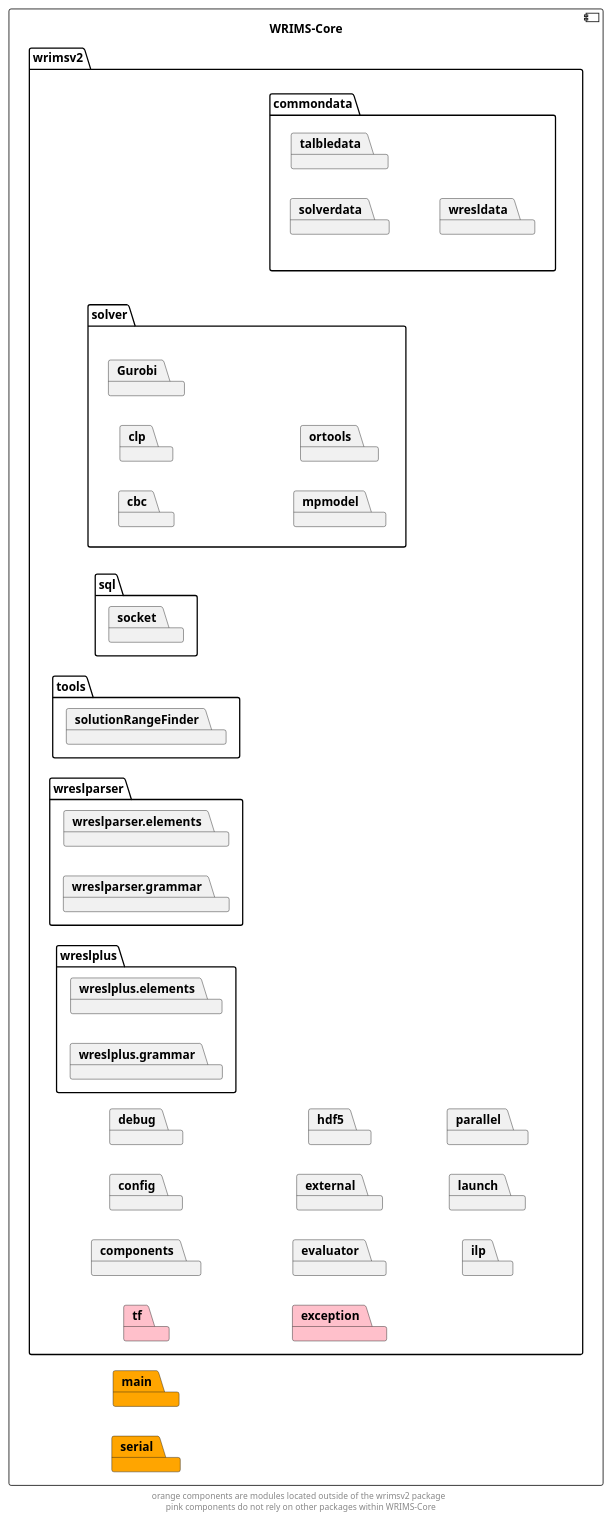
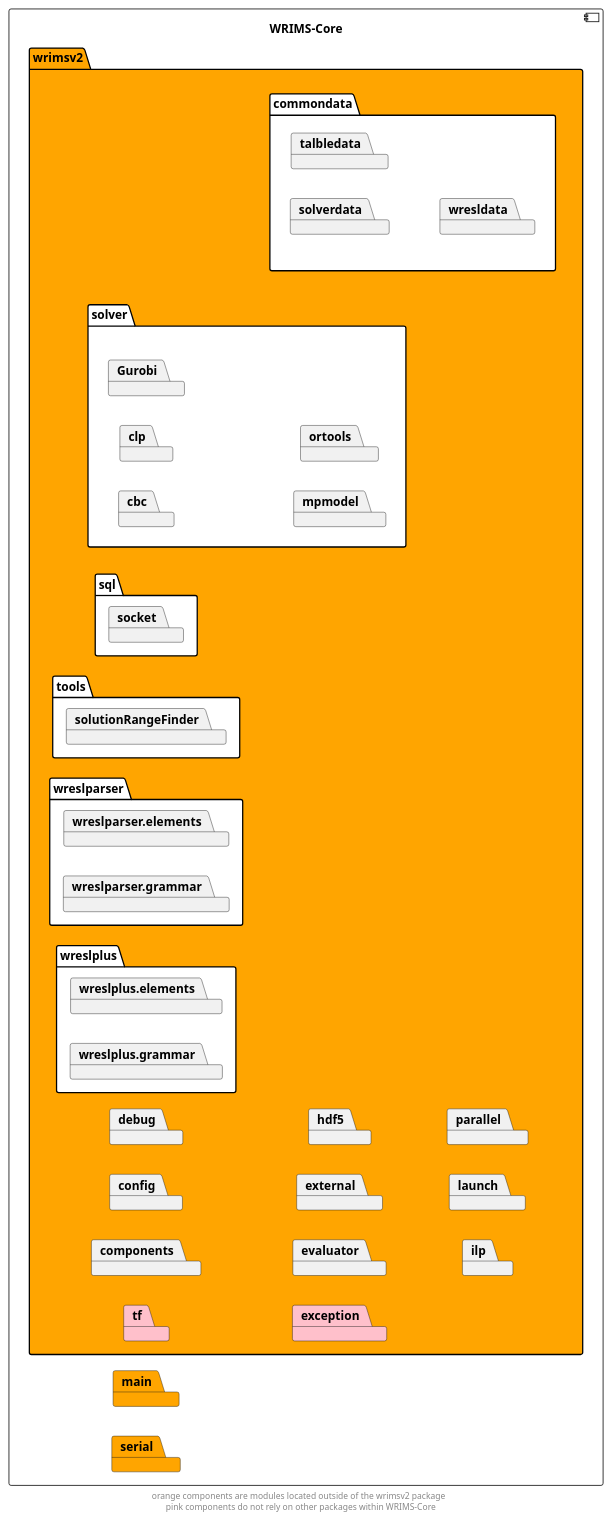
One commit to CentralValleyModeling/wrims changed the diagram in docs/diagrams/wrims-core/wrims-core-packages.puml. Above: the diagram before and after it, drawn with PlantUML. The commit also changed 63 other files, not shown here.

Commit message:
updated diagrams for improved consistency and legibility

```diff
--- a/docs/diagrams/wrims-core/wrims-core-packages.puml
+++ b/docs/diagrams/wrims-core/wrims-core-packages.puml
@@ -1,55 +1,55 @@
 @startuml
 left to right direction
 skinparam linetype ortho
 
 component wrims_core as "WRIMS-Core" {
     package main #orange
     package serial #orange
-    package wrimsv2 {
-        package commondata{
+    package wrimsv2 #orange {
+        package commondata #white {
             package solverdata
             package talbledata
             package wresldata
             }
         package components
         package config
         package debug
         package evaluator
         package exception #pink
         package external
         package hdf5
         package ilp
         package launch
         package parallel
-        package solver{
+        package solver #white {
             package cbc
             package clp
             package Gurobi
             package mpmodel
             package ortools
         }
-        package sql{
+        package sql #white {
             package socket
         }
         package tf #pink
-        package tools{
+        package tools #white {
             package solutionRangeFinder
         }
-        package wreslparser{
+        package wreslparser #white {
             package wreslparser.elements
             package wreslparser.grammar
         }
-        package wreslplus{
+        package wreslplus #white {
             package wreslplus.elements
             package wreslplus.grammar
         }
     }
 }
 
 ' The following relationships are hidden and used to format the diagram. They do not represent actual dependencies.
 solver -d[hidden]-> commondata
 tf -d[hidden]-> exception
 
 footer "orange components are modules located outside of the wrimsv2 package \n pink components do not rely on other packages within WRIMS-Core"
 
 @enduml
```
